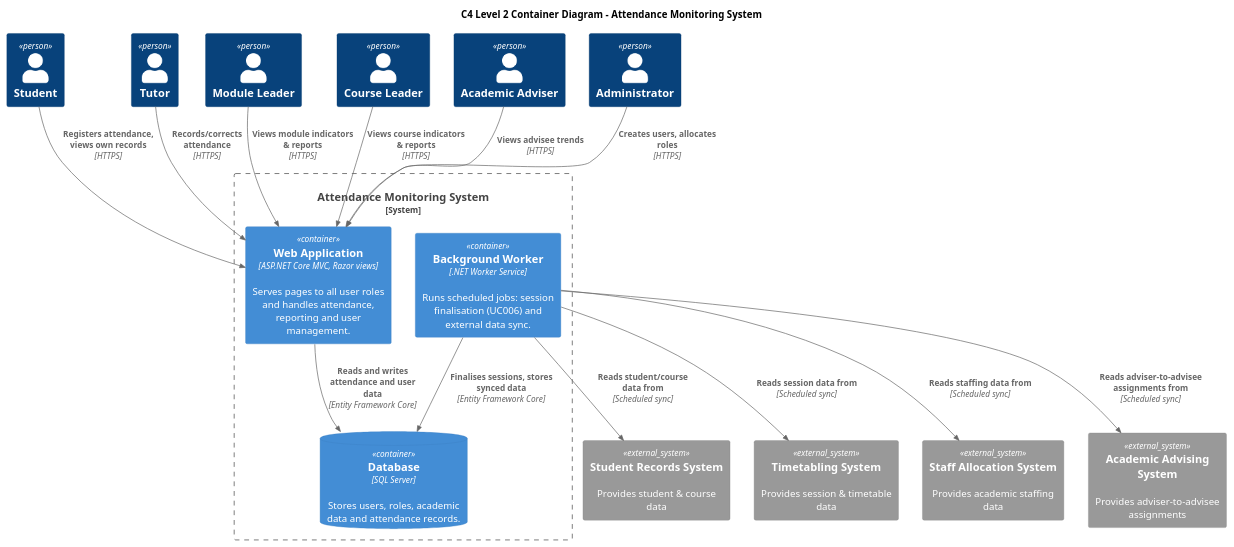
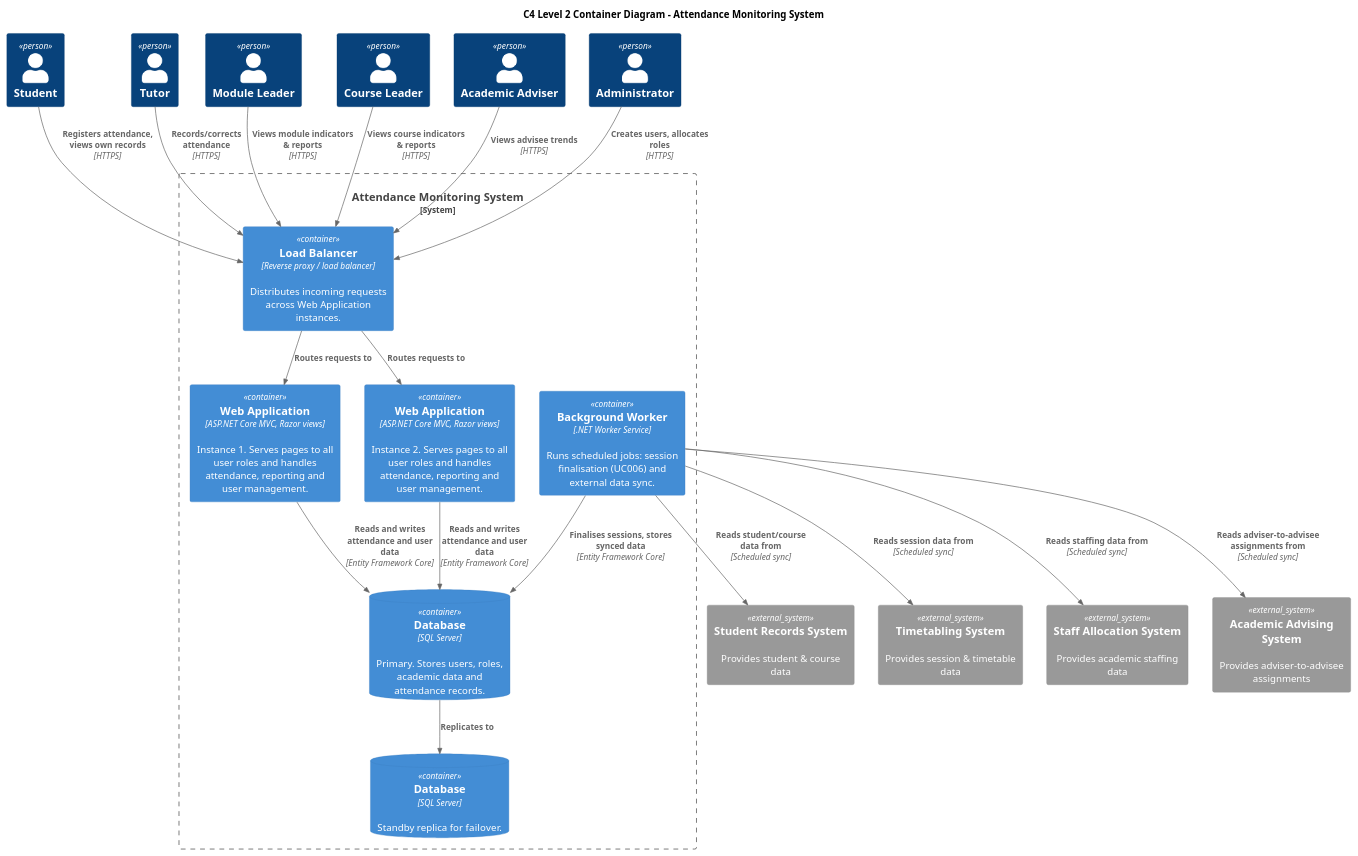
One commit to Shelly855/attendance-monitoring-copy changed the diagram in diagrams/c4-level2-diagram.puml. Above: the diagram before and after it, drawn with PlantUML. The commit also changed 1 other file, not shown here.

Commit message:
adjust c4 diagram

```diff
--- a/diagrams/c4-level2-diagram.puml
+++ b/diagrams/c4-level2-diagram.puml
@@ -1,37 +1,46 @@
 @startuml AttendanceMonitoringSystemC4L2
 title C4 Level 2 Container Diagram – Attendance Monitoring System
 !include https://raw.githubusercontent.com/plantuml-stdlib/C4-PlantUML/master/C4_Container.puml
 
 Person(student, "Student")
 Person(tutor, "Tutor")
 Person(moduleLeader, "Module Leader")
 Person(courseLeader, "Course Leader")
 Person(adviser, "Academic Adviser")
 Person(admin, "Administrator")
 
 System_Boundary(ams, "Attendance Monitoring System") {
-    Container(web, "Web Application", "ASP.NET Core MVC, Razor views", "Serves pages to all user roles and handles attendance, reporting and user management.")
+    Container(lb, "Load Balancer", "Reverse proxy / load balancer", "Distributes incoming requests across Web Application instances.")
+    Container(web1, "Web Application", "ASP.NET Core MVC, Razor views", "Instance 1. Serves pages to all user roles and handles attendance, reporting and user management.")
+    Container(web2, "Web Application", "ASP.NET Core MVC, Razor views", "Instance 2. Serves pages to all user roles and handles attendance, reporting and user management.")
     Container(worker, "Background Worker", ".NET Worker Service", "Runs scheduled jobs: session finalisation (UC006) and external data sync.")
-    ContainerDb(db, "Database", "SQL Server", "Stores users, roles, academic data and attendance records.")
+    ContainerDb(db, "Database", "SQL Server", "Primary. Stores users, roles, academic data and attendance records.")
+    ContainerDb(dbStandby, "Database", "SQL Server", "Standby replica for failover.")
 }
 
 System_Ext(studentRecords, "Student Records System", "Provides student & course data")
 System_Ext(timetabling, "Timetabling System", "Provides session & timetable data")
 System_Ext(staffAlloc, "Staff Allocation System", "Provides academic staffing data")
 System_Ext(advising, "Academic Advising System", "Provides adviser-to-advisee assignments")
 
-Rel(student, web, "Registers attendance, views own records", "HTTPS")
-Rel(tutor, web, "Records/corrects attendance", "HTTPS")
-Rel(moduleLeader, web, "Views module indicators & reports", "HTTPS")
-Rel(courseLeader, web, "Views course indicators & reports", "HTTPS")
-Rel(adviser, web, "Views advisee trends", "HTTPS")
-Rel(admin, web, "Creates users, allocates roles", "HTTPS")
+Rel(student, lb, "Registers attendance, views own records", "HTTPS")
+Rel(tutor, lb, "Records/corrects attendance", "HTTPS")
+Rel(moduleLeader, lb, "Views module indicators & reports", "HTTPS")
+Rel(courseLeader, lb, "Views course indicators & reports", "HTTPS")
+Rel(adviser, lb, "Views advisee trends", "HTTPS")
+Rel(admin, lb, "Creates users, allocates roles", "HTTPS")
 
-Rel(web, db, "Reads and writes attendance and user data", "Entity Framework Core")
+Rel(lb, web1, "Routes requests to")
+Rel(lb, web2, "Routes requests to")
+
+Rel(web1, db, "Reads and writes attendance and user data", "Entity Framework Core")
+Rel(web2, db, "Reads and writes attendance and user data", "Entity Framework Core")
 Rel(worker, db, "Finalises sessions, stores synced data", "Entity Framework Core")
+
+Rel(db, dbStandby, "Replicates to")
 
 Rel(worker, studentRecords, "Reads student/course data from", "Scheduled sync")
 Rel(worker, timetabling, "Reads session data from", "Scheduled sync")
 Rel(worker, staffAlloc, "Reads staffing data from", "Scheduled sync")
 Rel(worker, advising, "Reads adviser-to-advisee assignments from", "Scheduled sync")
 @enduml
```
